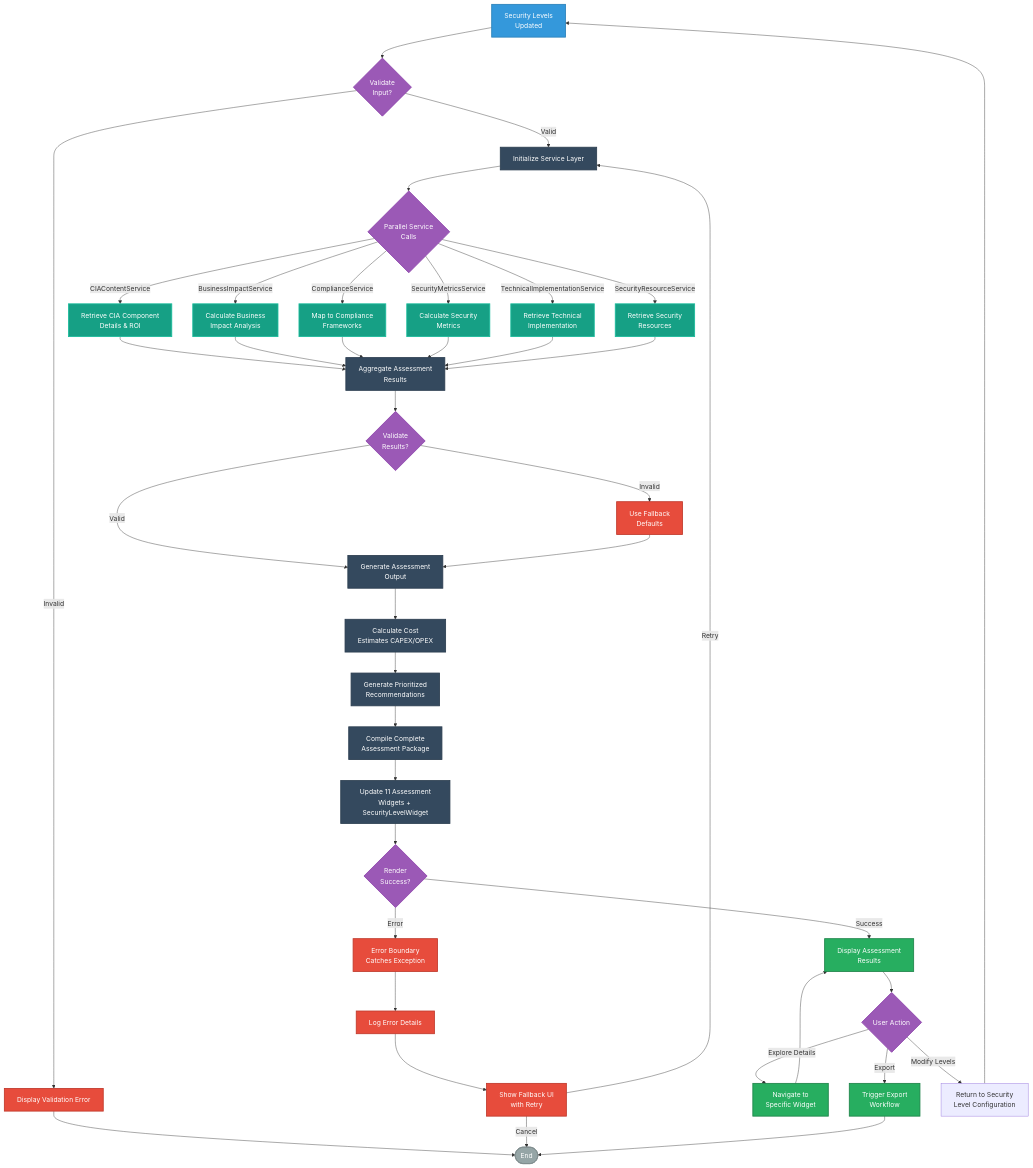
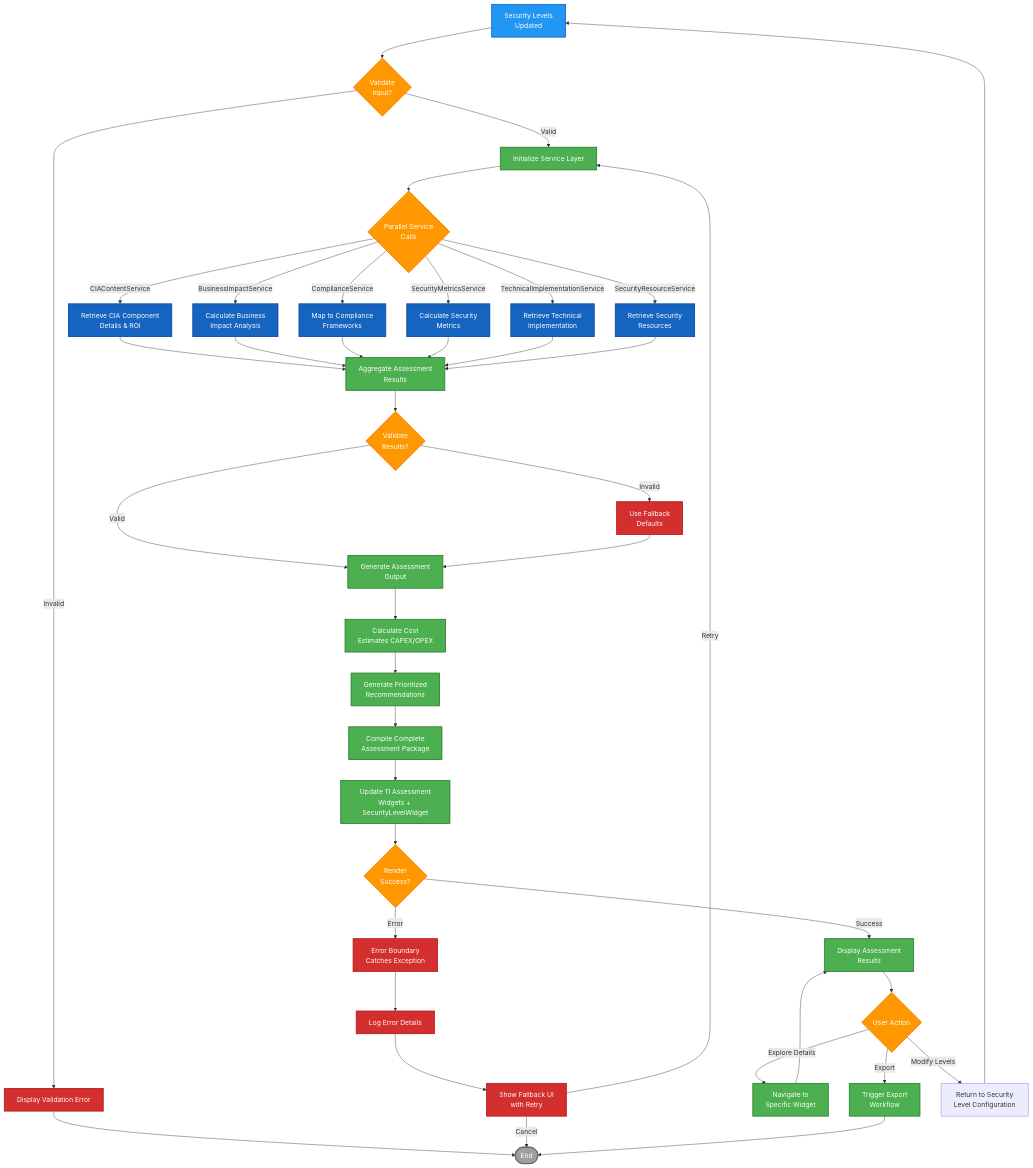
Before and after one commit to step-security-bot/cia-compliance-manager: the second of 13 diagrams in docs/architecture/FLOWCHART.md, drawn with Mermaid. The commit also changed other lines of this file and 27 other files, not shown here.

First line of the commit message:
fix: resolve broken mermaid diagrams and improve color coding to match ISMS style guide (#1106)

````diff
--- a/docs/architecture/FLOWCHART.md
+++ b/docs/architecture/FLOWCHART.md
@@ -148,67 +148,67 @@
 ```mermaid
 flowchart TD
     SecurityLevels[Security Levels<br>Updated] --> ValidateLevels{Validate<br>Input?}
     ValidateLevels -->|Valid| InitServices[Initialize Service Layer]
     ValidateLevels -->|Invalid| ValidationError[Display Validation Error]
     ValidationError --> End([End])
     
     InitServices --> ParallelFetch{Parallel Service<br>Calls}
     
     ParallelFetch -->|CIAContentService| GetCIADetails[Retrieve CIA Component<br>Details & ROI]
     ParallelFetch -->|BusinessImpactService| CalcBusinessImpact[Calculate Business<br>Impact Analysis]
     ParallelFetch -->|ComplianceService| MapCompliance[Map to Compliance<br>Frameworks]
     ParallelFetch -->|SecurityMetricsService| CalcMetrics[Calculate Security<br>Metrics]
     ParallelFetch -->|TechnicalImplementationService| GetTechDetails[Retrieve Technical<br>Implementation]
     ParallelFetch -->|SecurityResourceService| GetResources[Retrieve Security<br>Resources]
     
     GetCIADetails --> Aggregate[Aggregate Assessment<br>Results]
     CalcBusinessImpact --> Aggregate
     MapCompliance --> Aggregate
     CalcMetrics --> Aggregate
     GetTechDetails --> Aggregate
     GetResources --> Aggregate
     
     Aggregate --> ValidateResults{Validate<br>Results?}
     ValidateResults -->|Valid| GenerateOutput[Generate Assessment<br>Output]
     ValidateResults -->|Invalid| FallbackData[Use Fallback<br>Defaults]
     FallbackData --> GenerateOutput
     
     GenerateOutput --> CalcCostEstimates[Calculate Cost<br>Estimates CAPEX/OPEX]
     CalcCostEstimates --> GenRecommendations[Generate Prioritized<br>Recommendations]
     GenRecommendations --> CompileResults[Compile Complete<br>Assessment Package]
     CompileResults --> UpdateWidgets[Update 11 Assessment<br>Widgets + SecurityLevelWidget]
     
     UpdateWidgets --> RenderCheck{Render<br>Success?}
     RenderCheck -->|Success| DisplayResults[Display Assessment<br>Results]
     RenderCheck -->|Error| ErrorBoundary[Error Boundary<br>Catches Exception]
     ErrorBoundary --> LogError[Log Error Details]
     LogError --> ShowFallbackUI[Show Fallback UI<br>with Retry]
     ShowFallbackUI -->|Retry| InitServices
     ShowFallbackUI -->|Cancel| End
     
     DisplayResults --> UserAction{User Action}
     UserAction -->|Explore Details| DrillDown[Navigate to<br>Specific Widget]
     UserAction -->|Export| TriggerExport[Trigger Export<br>Workflow]
     UserAction -->|Modify Levels| UpdateLevels[Return to Security<br>Level Configuration]
     
     DrillDown --> DisplayResults
     TriggerExport --> End
     UpdateLevels --> SecurityLevels
     
     %% Apply styles using class definitions
-    classDef input fill:#3498db,stroke:#2980b9,stroke-width:2px,color:white
-    classDef process fill:#34495e,stroke:#2c3e50,stroke-width:2px,color:white
-    classDef service fill:#16a085,stroke:#1abc9c,stroke-width:2px,color:white
-    classDef decision fill:#9b59b6,stroke:#8e44ad,stroke-width:2px,color:white
-    classDef error fill:#e74c3c,stroke:#c0392b,stroke-width:2px,color:white
-    classDef output fill:#27ae60,stroke:#1e8449,stroke-width:2px,color:white
-    classDef endnode fill:#95a5a6,stroke:#7f8c8d,stroke-width:2px,color:white
+    classDef input fill:#2196F3,stroke:#1565C0,stroke-width:2px,color:#ffffff
+    classDef process fill:#4CAF50,stroke:#2E7D32,stroke-width:2px,color:#ffffff
+    classDef service fill:#1565C0,stroke:#0D47A1,stroke-width:2px,color:#ffffff
+    classDef decision fill:#FF9800,stroke:#F57C00,stroke-width:2px,color:#ffffff
+    classDef error fill:#D32F2F,stroke:#B71C1C,stroke-width:2px,color:#ffffff
+    classDef output fill:#4CAF50,stroke:#2E7D32,stroke-width:2px,color:#ffffff
+    classDef endnode fill:#9E9E9E,stroke:#616161,stroke-width:2px,color:#ffffff
     
     class SecurityLevels input
     class InitServices,Aggregate,GenerateOutput,CalcCostEstimates,GenRecommendations,CompileResults,UpdateWidgets process
     class GetCIADetails,CalcBusinessImpact,MapCompliance,CalcMetrics,GetTechDetails,GetResources service
     class ValidateLevels,ParallelFetch,ValidateResults,RenderCheck,UserAction decision
     class ValidationError,FallbackData,ErrorBoundary,LogError,ShowFallbackUI error
     class DisplayResults,DrillDown,TriggerExport output
     class End endnode
 ```
````
